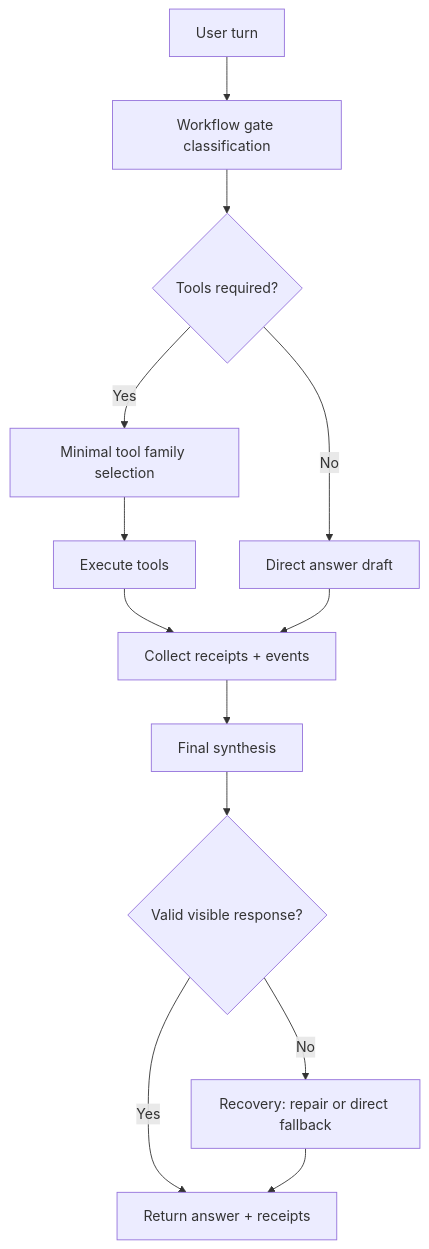
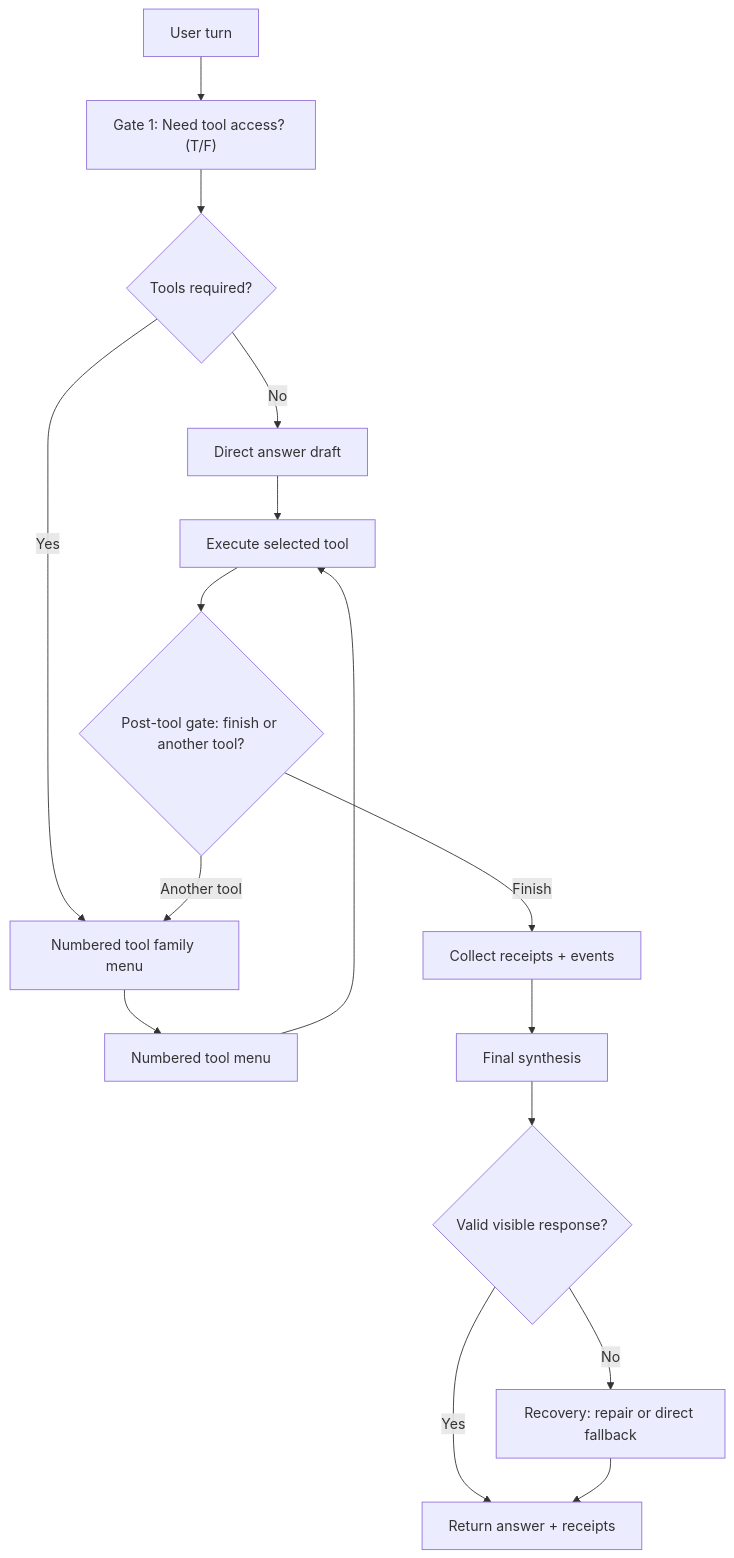
The first of 3 diagrams in docs/workspace/orchestration_workflow_maps.md (jakerslam/protheus), drawn with Mermaid before and after one commit. The commit also changed other lines of this file and 75 other files, not shown here.

````diff
--- a/docs/workspace/orchestration_workflow_maps.md
+++ b/docs/workspace/orchestration_workflow_maps.md
@@ -9,15 +9,18 @@
 ```mermaid
 flowchart TD
-    A[User turn] --> B[Workflow gate classification]
+    A[User turn] --> B["Gate 1: Need tool access? (T/F)"]
     B --> C{Tools required?}
     C -->|No| D[Direct answer draft]
-    C -->|Yes| E[Minimal tool family selection]
-    E --> F[Execute tools]
-    F --> G[Collect receipts + events]
+    C -->|Yes| E[Numbered tool family menu]
+    E --> F[Numbered tool menu]
+    F --> G[Execute selected tool]
+    G --> H{"Post-tool gate: finish or another tool?"}
+    H -->|Another tool| E
+    H -->|Finish| I[Collect receipts + events]
     D --> G
-    G --> H[Final synthesis]
-    H --> I{Valid visible response?}
-    I -->|Yes| J[Return answer + receipts]
-    I -->|No| K[Recovery: repair or direct fallback]
-    K --> J
+    I --> J[Final synthesis]
+    J --> K{Valid visible response?}
+    K -->|Yes| L[Return answer + receipts]
+    K -->|No| M[Recovery: repair or direct fallback]
+    M --> L
 ```
````
